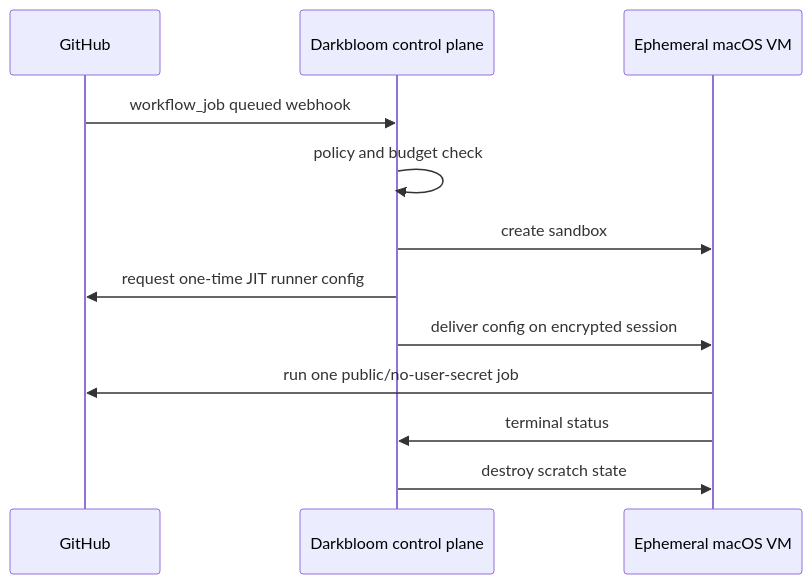
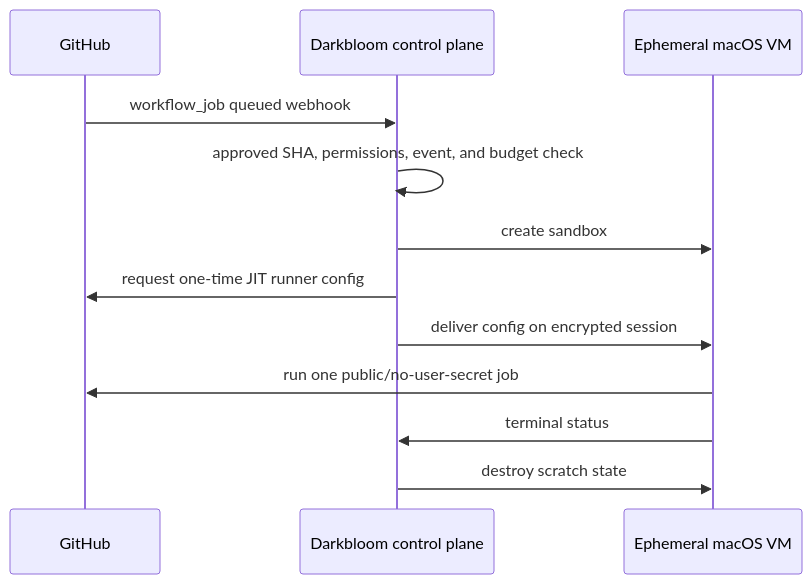
One commit to Layr-Labs/d-inference changed the first of 2 diagrams in docs/reports/2026-08-22-sandbox-user-experience.md. Above: the diagram before and after it, drawn with Mermaid. The commit also changed other lines of this file and 2 other files, not shown here.

Commit message:
docs: harden sandbox architecture proposal

````diff
--- a/docs/reports/2026-08-22-sandbox-user-experience.md
+++ b/docs/reports/2026-08-22-sandbox-user-experience.md
@@ -251,14 +325,14 @@
 ```mermaid
 sequenceDiagram
   participant GH as GitHub
   participant DB as Darkbloom control plane
   participant VM as Ephemeral macOS VM
   GH->>DB: workflow_job queued webhook
-  DB->>DB: policy and budget check
+  DB->>DB: approved SHA, permissions, event, and budget check
   DB->>VM: create sandbox
   DB->>GH: request one-time JIT runner config
   DB->>VM: deliver config on encrypted session
   VM->>GH: run one public/no-user-secret job
   VM->>DB: terminal status
   DB->>VM: destroy scratch state
 ```
````
